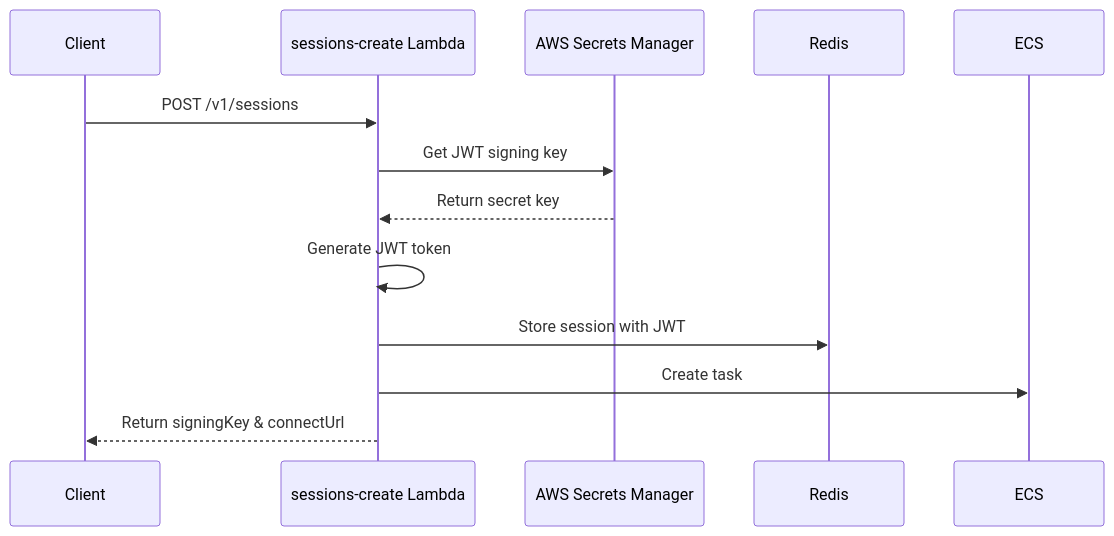
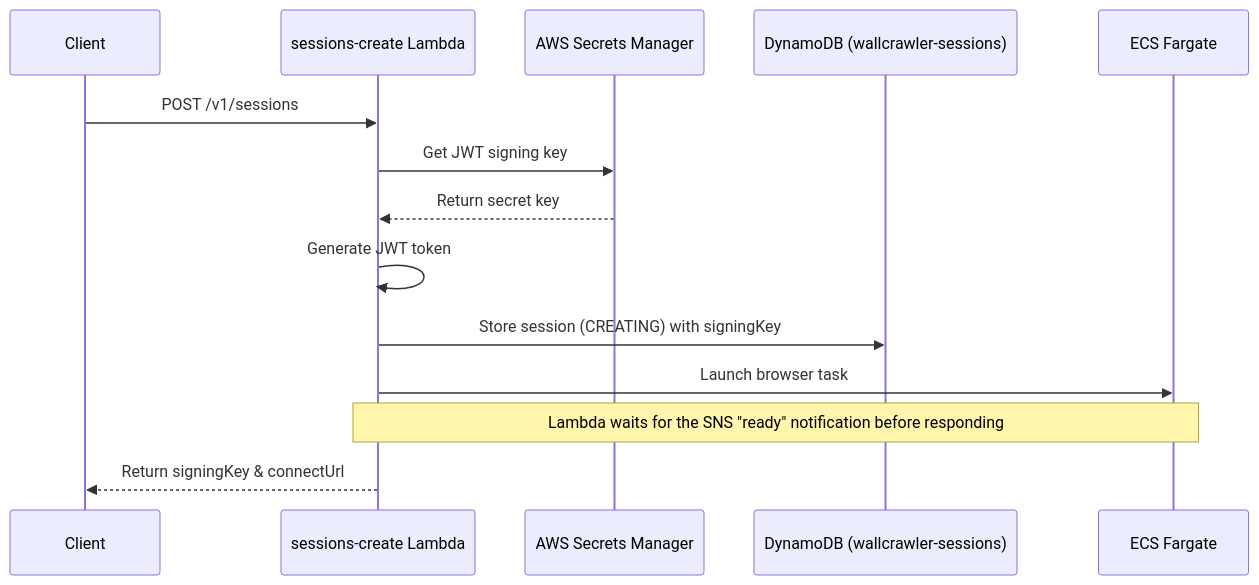
One commit to Volpestyle/wallcrawler changed the first of 2 diagrams in docs/api/sessions/jwt-signing-key-flow.md. Above: the diagram before and after it, drawn with Mermaid. The commit also changed other lines of this file and 7 other files, not shown here.

````diff
--- a/docs/api/sessions/jwt-signing-key-flow.md
+++ b/docs/api/sessions/jwt-signing-key-flow.md
@@ -57,16 +57,17 @@
 ```mermaid
 sequenceDiagram
     participant Client
     participant Lambda as sessions-create Lambda
     participant Secrets as AWS Secrets Manager
-    participant Redis
-    participant ECS
-    
+    participant Sessions as DynamoDB (wallcrawler-sessions)
+    participant ECS as ECS Fargate
+
     Client->>Lambda: POST /v1/sessions
     Lambda->>Secrets: Get JWT signing key
     Secrets-->>Lambda: Return secret key
     Lambda->>Lambda: Generate JWT token
-    Lambda->>Redis: Store session with JWT
-    Lambda->>ECS: Create task
+    Lambda->>Sessions: Store session (CREATING) with signingKey
+    Lambda->>ECS: Launch browser task
+    Note over Lambda,ECS: Lambda waits for the SNS "ready" notification before responding
     Lambda-->>Client: Return signingKey & connectUrl
 ```
````
